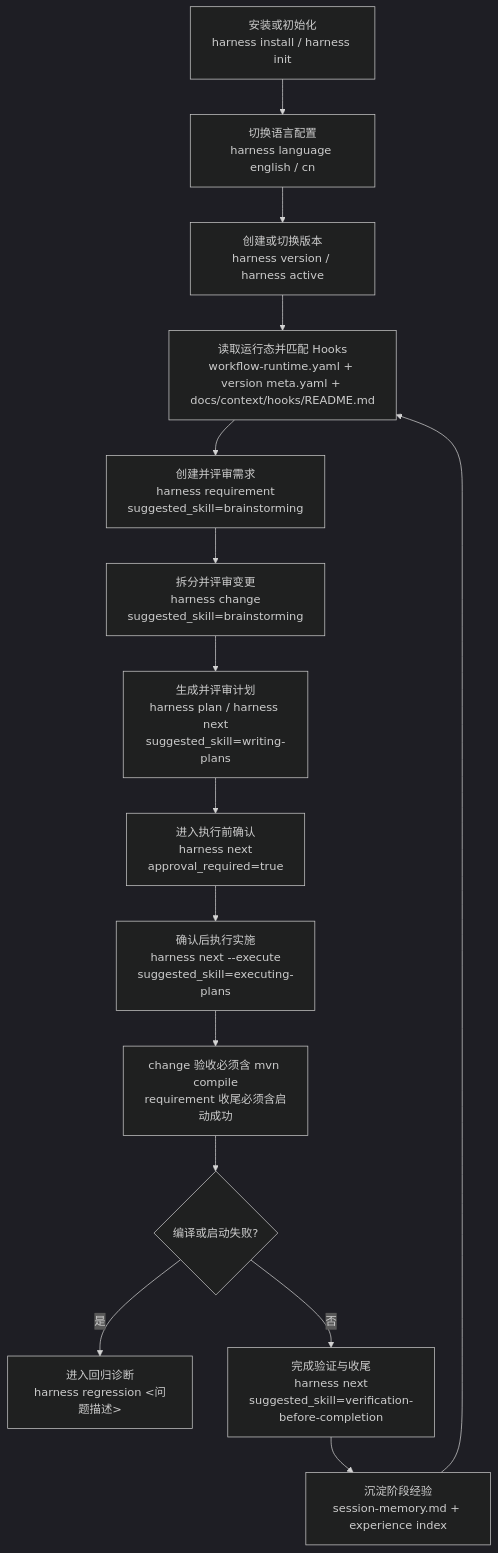
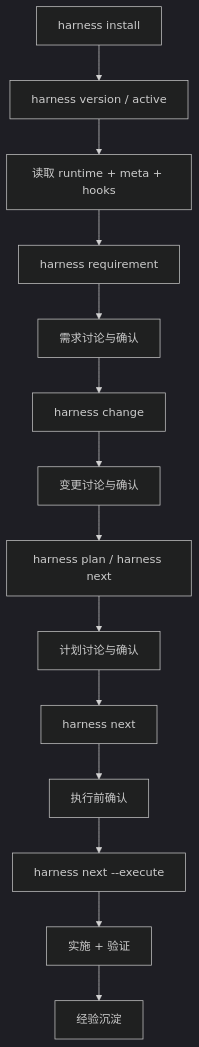
The first of 4 diagrams in README.md (togally/harness-workflow), drawn with Mermaid (dark theme) before and after one commit. The commit also changed other lines of this file and 4 other files, not shown here.

````diff
--- a/README.md
+++ b/README.md
@@ -310,17 +219,16 @@
 ```mermaid
 flowchart TD
-    A["安装或初始化<br/>harness install / harness init"] --> B["切换语言配置<br/>harness language english / cn"]
-    B --> C["创建或切换版本<br/>harness version / harness active"]
-    C --> D["读取运行态并匹配 Hooks<br/>workflow-runtime.yaml + version meta.yaml + docs/context/hooks/README.md"]
-    D --> E["创建并评审需求<br/>harness requirement<br/>suggested_skill=brainstorming"]
-    E --> F["拆分并评审变更<br/>harness change<br/>suggested_skill=brainstorming"]
-    F --> G["生成并评审计划<br/>harness plan / harness next<br/>suggested_skill=writing-plans"]
-    G --> H["进入执行前确认<br/>harness next<br/>approval_required=true"]
-    H --> I["确认后执行实施<br/>harness next --execute<br/>suggested_skill=executing-plans"]
-    I --> J["change 验收必须含 mvn compile<br/>requirement 收尾必须含启动成功"]
-    J --> K{"编译或启动失败?"}
-    K -->|是| L["进入回归诊断<br/>harness regression <问题描述>"]
-    K -->|否| M["完成验证与收尾<br/>harness next<br/>suggested_skill=verification-before-completion"]
-    M --> N["沉淀阶段经验<br/>session-memory.md + experience index"]
-    N --> D
+    A["harness install"] --> B["harness version / active"]
+    B --> C["读取 runtime + meta + hooks"]
+    C --> D["harness requirement"]
+    D --> E["需求讨论与确认"]
+    E --> F["harness change"]
+    F --> G["变更讨论与确认"]
+    G --> H["harness plan / harness next"]
+    H --> I["计划讨论与确认"]
+    I --> J["harness next"]
+    J --> K["执行前确认"]
+    K --> L["harness next --execute"]
+    L --> M["实施 + 验证"]
+    M --> N["经验沉淀"]
 ```
````
